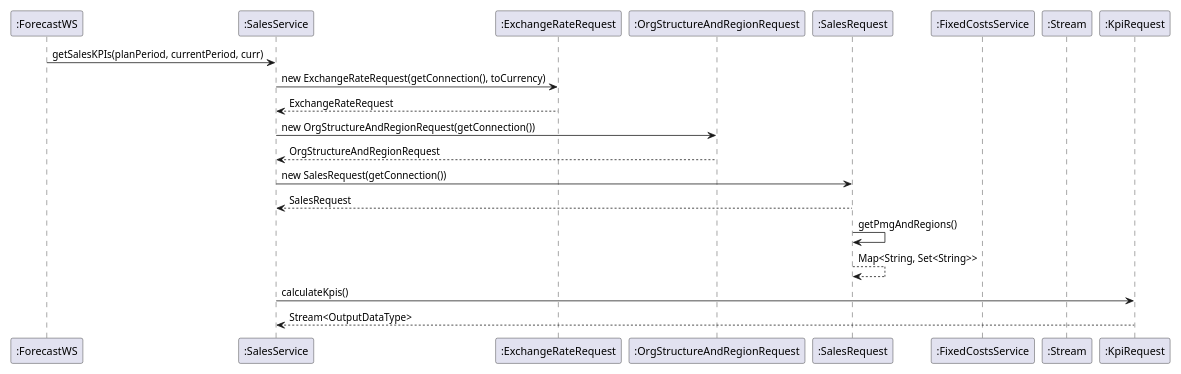
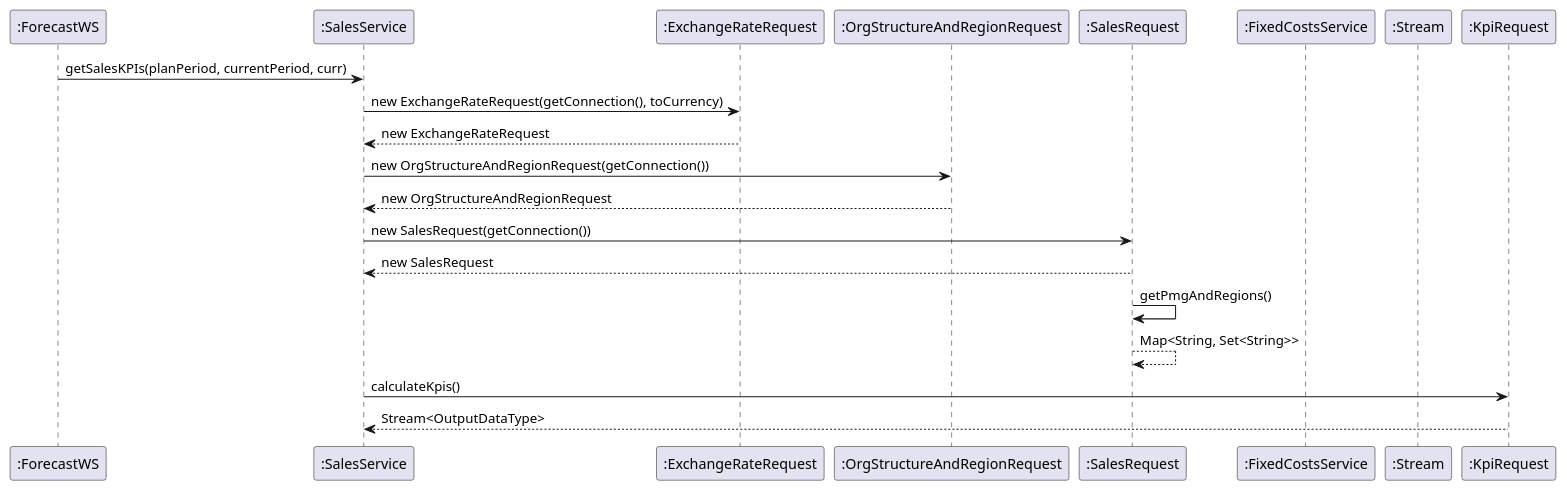
One commit to wagnst/forecast-cassandra changed the diagram in diagrams/sequence/sequence_parallel_streams.puml. Above: the diagram before and after it, drawn with PlantUML.

Commit message:
updated classdiagramm

```diff
--- a/diagrams/sequence/sequence_parallel_streams.puml
+++ b/diagrams/sequence/sequence_parallel_streams.puml
@@ -1,36 +1,35 @@
 @startuml
 
-scale 0.75
 
 participant  ":ForecastWS"
 participant  ":SalesService"
 participant  ":ExchangeRateRequest"
 participant  ":OrgStructureAndRegionRequest"
 participant  ":SalesRequest"
 participant  ":FixedCostsService"
 participant  ":Stream"
 participant  ":KpiRequest"
 
 
 ":ForecastWS" -> ":SalesService" : getSalesKPIs(planPeriod, currentPeriod, curr)
 ":SalesService" -> ":ExchangeRateRequest" : new ExchangeRateRequest(getConnection(), toCurrency)
-":ExchangeRateRequest" --> ":SalesService" : ExchangeRateRequest
+":ExchangeRateRequest" --> ":SalesService" : new ExchangeRateRequest
 ":SalesService" ->  ":OrgStructureAndRegionRequest" : new OrgStructureAndRegionRequest(getConnection())
-":OrgStructureAndRegionRequest" --> ":SalesService" : OrgStructureAndRegionRequest
+":OrgStructureAndRegionRequest" --> ":SalesService" : new OrgStructureAndRegionRequest
 ":SalesService" ->  ":SalesRequest" : new SalesRequest(getConnection())
-":SalesRequest" --> ":SalesService" : SalesRequest
+":SalesRequest" --> ":SalesService" : new SalesRequest
 ":SalesRequest" -> ":SalesRequest" : getPmgAndRegions()
 ":SalesRequest" --> ":SalesRequest" : Map<String, Set<String>>
 ":SalesService" -> ":KpiRequest" : calculateKpis()
 ":KpiRequest"  --> ":SalesService" : Stream<OutputDataType>
 
 
 
 
 
 
 
 
 
 
 @enduml
```
